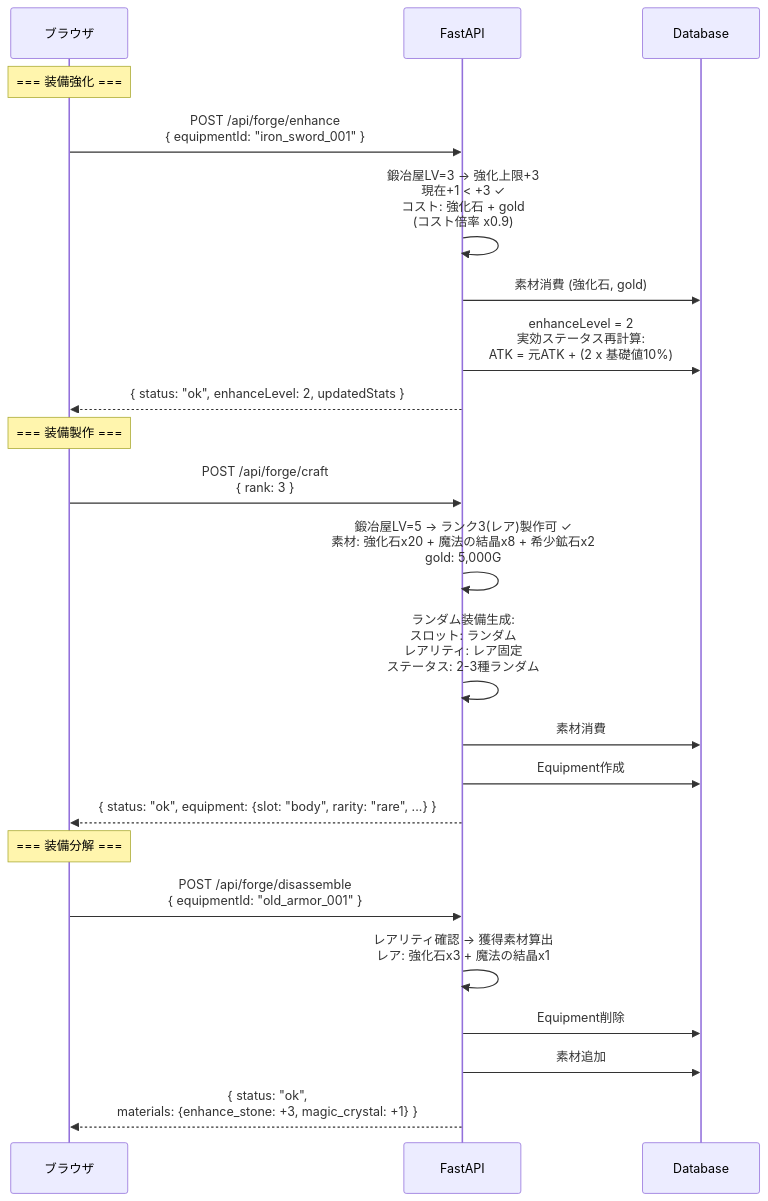
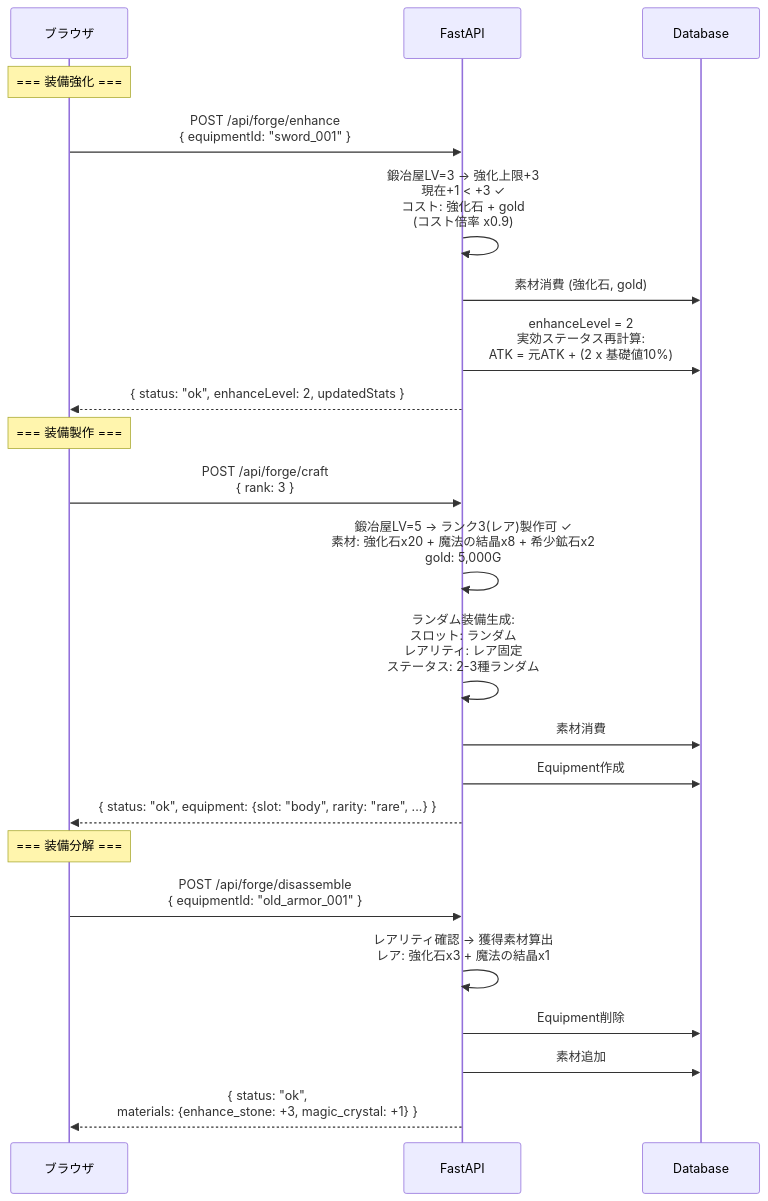
One commit to dateeee/2026_AFKGAME changed the second of 2 diagrams in diagrams/api_sequence/base.md. Above: the diagram before and after it, drawn with Mermaid. The commit also changed 18 other files, not shown here.

First line of the commit message:
docs: 設計図レビュー指摘13件を反映し、システム構成図・画面遷移図を分割

````diff
--- a/diagrams/api_sequence/base.md
+++ b/diagrams/api_sequence/base.md
@@ -58,38 +58,38 @@
 ```mermaid
 %%{init: {'theme': 'default', 'sequence': {'actorFontSize': 18, 'messageFontSize': 16, 'noteFontSize': 14}} }%%
 sequenceDiagram
     participant B as ブラウザ
     participant API as FastAPI
     participant DB as Database
 
     Note over B: === 装備強化 ===
 
-    B->>API: POST /api/forge/enhance<br/>{ equipmentId: "iron_sword_001" }
+    B->>API: POST /api/forge/enhance<br/>{ equipmentId: "sword_001" }
 
     API->>API: 鍛冶屋LV=3 → 強化上限+3<br/>現在+1 < +3 ✓<br/>コスト: 強化石 + gold<br/>(コスト倍率 x0.9)
 
     API->>DB: 素材消費 (強化石, gold)
     API->>DB: enhanceLevel = 2<br/>実効ステータス再計算:<br/>ATK = 元ATK + (2 x 基礎値10%)
     API-->>B: { status: "ok", enhanceLevel: 2, updatedStats }
 
     Note over B: === 装備製作 ===
 
     B->>API: POST /api/forge/craft<br/>{ rank: 3 }
 
     API->>API: 鍛冶屋LV=5 → ランク3(レア)製作可 ✓<br/>素材: 強化石x20 + 魔法の結晶x8 + 希少鉱石x2<br/>gold: 5,000G
 
     API->>API: ランダム装備生成:<br/>スロット: ランダム<br/>レアリティ: レア固定<br/>ステータス: 2-3種ランダム
     API->>DB: 素材消費
     API->>DB: Equipment作成
     API-->>B: { status: "ok", equipment: {slot: "body", rarity: "rare", ...} }
 
     Note over B: === 装備分解 ===
 
     B->>API: POST /api/forge/disassemble<br/>{ equipmentId: "old_armor_001" }
 
     API->>API: レアリティ確認 → 獲得素材算出<br/>レア: 強化石x3 + 魔法の結晶x1
 
     API->>DB: Equipment削除
     API->>DB: 素材追加
     API-->>B: { status: "ok",<br/>  materials: {enhance_stone: +3, magic_crystal: +1} }
 ```
````
